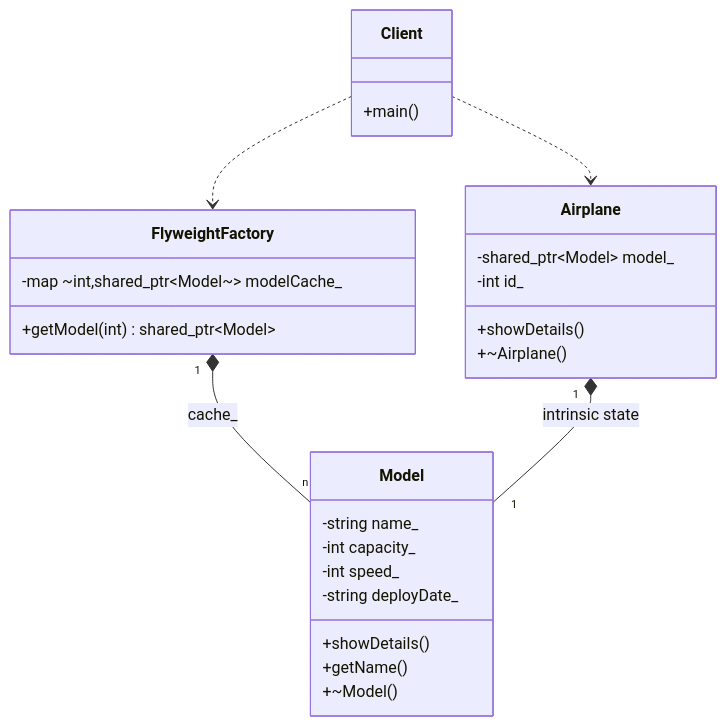
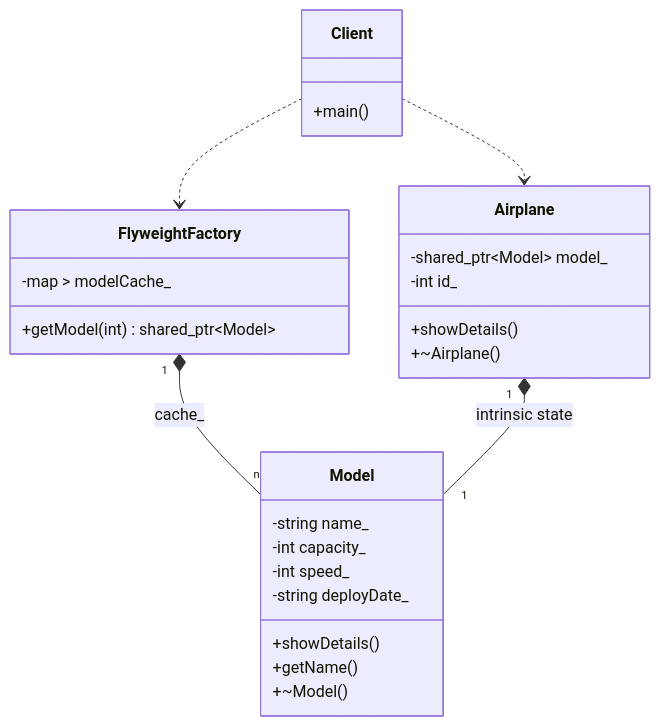
The diagram in 13_Flyweight/diagram.md (Cichlidfishexigency721/Modern-CPP-Design-Patterns), drawn with Mermaid before and after one commit.

Commit message:
UML improvement

````diff
--- a/13_Flyweight/diagram.md
+++ b/13_Flyweight/diagram.md
@@ -3,38 +3,38 @@
 ```mermaid
 classDiagram
    class Model {
       -string name_
       -int capacity_
       -int speed_
       -string deployDate_
       +showDetails()
       +getName()
       +~Model()
    }
 
    class FlyweightFactory {
-      -map ~int,shared_ptr~Model~~ modelCache_
+      -map <int,shared_ptr<Model>> modelCache_
       +getModel(int) shared_ptr~Model~
    }
 
    class Airplane {
       -shared_ptr~Model~ model_
       -int id_
       +showDetails()
       +~Airplane()
    }
 
    class Client {
       +main()
    }
 
    %% The Factory owns and manages the pool of shared models
    FlyweightFactory "1" *-- "n" Model : cache_
 
    %% Many Airplanes share the same single Model instance
    Airplane "1" *-- "1" Model : intrinsic state
 
    %% Client interacts with the factory to get models and creates airplanes
    Client ..> FlyweightFactory
    Client ..> Airplane
 ```
````
